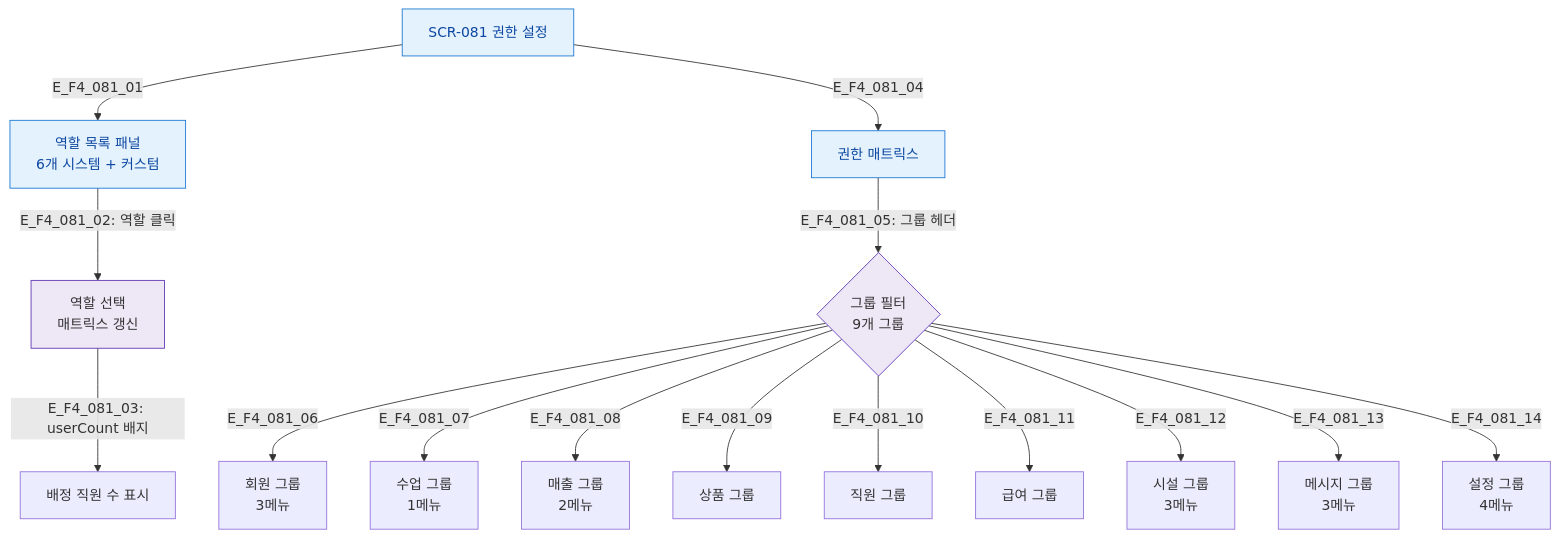
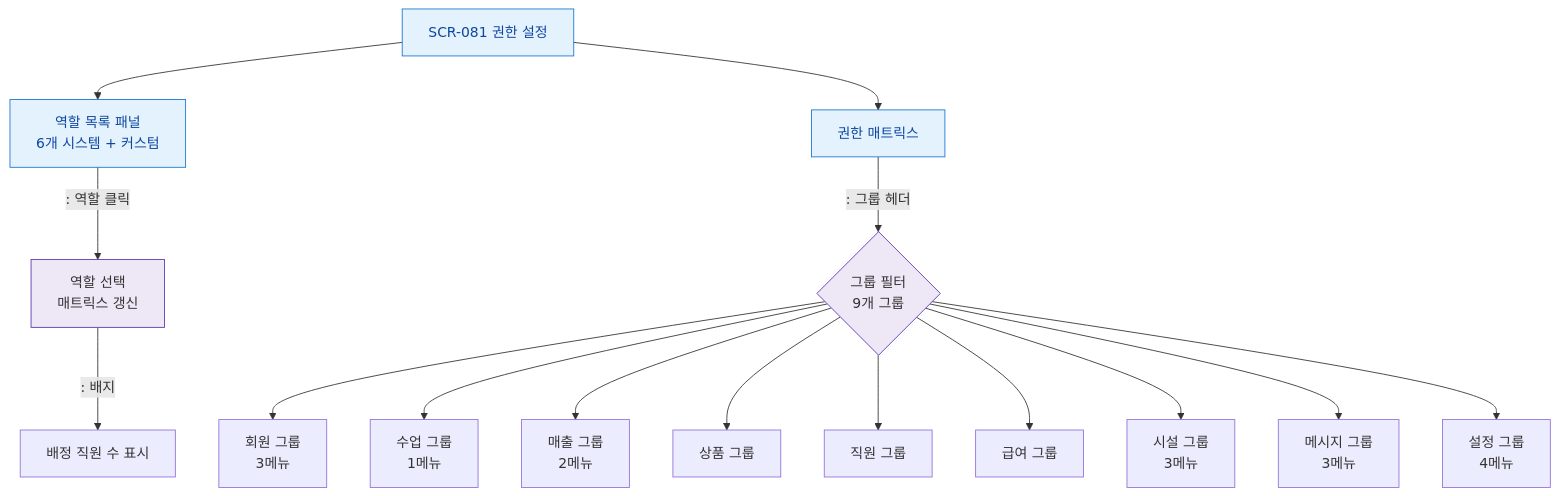
One commit to dev-spogym/admin-pando changed the diagram in docs/다이어그램/D09_설정관리/SCR-081_권한설정/F4_필터검색정렬.md. Above: the diagram before and after it, drawn with Mermaid. The commit also changed other lines of this file and 1660 other files, not shown here.

First line of the commit message:
다이어그램: 기획자/클라이언트 납품본으로 정리

````diff
--- a/docs/다이어그램/D09_설정관리/SCR-081_권한설정/F4_필터검색정렬.md
+++ b/docs/다이어그램/D09_설정관리/SCR-081_권한설정/F4_필터검색정렬.md
@@ -17,25 +15,25 @@
 ```mermaid
 flowchart TD
     SCR081[SCR-081 권한 설정]
 
-    SCR081 -->|E_F4_081_01| RoleList[역할 목록 패널\n6개 시스템 + 커스텀]
-    RoleList -->|"E_F4_081_02: 역할 클릭"| SelRole[역할 선택\n매트릭스 갱신]
-    SelRole -->|"E_F4_081_03: userCount 배지"| ShowCount[배정 직원 수 표시]
+    SCR081 --> RoleList[역할 목록 패널\n6개 시스템 + 커스텀]
+    RoleList -->|": 역할 클릭"|SelRole[역할 선택\n매트릭스 갱신]
+    SelRole -->|": 배지"|ShowCount[배정 직원 수 표시]
 
-    SCR081 -->|E_F4_081_04| Matrix[권한 매트릭스]
-    Matrix -->|"E_F4_081_05: 그룹 헤더"| GroupFilter{그룹 필터\n9개 그룹}
-    GroupFilter -->|E_F4_081_06| G_Member[회원 그룹\n3메뉴]
-    GroupFilter -->|E_F4_081_07| G_Class[수업 그룹\n1메뉴]
-    GroupFilter -->|E_F4_081_08| G_Sales[매출 그룹\n2메뉴]
-    GroupFilter -->|E_F4_081_09| G_Product[상품 그룹]
-    GroupFilter -->|E_F4_081_10| G_Staff[직원 그룹]
-    GroupFilter -->|E_F4_081_11| G_Salary[급여 그룹]
-    GroupFilter -->|E_F4_081_12| G_Facility[시설 그룹\n3메뉴]
-    GroupFilter -->|E_F4_081_13| G_Message[메시지 그룹\n3메뉴]
-    GroupFilter -->|E_F4_081_14| G_Settings[설정 그룹\n4메뉴]
+    SCR081 --> Matrix[권한 매트릭스]
+    Matrix -->|": 그룹 헤더"|GroupFilter{그룹 필터\n9개 그룹}
+    GroupFilter --> G_Member[회원 그룹\n3메뉴]
+    GroupFilter --> G_Class[수업 그룹\n1메뉴]
+    GroupFilter --> G_Sales[매출 그룹\n2메뉴]
+    GroupFilter --> G_Product[상품 그룹]
+    GroupFilter --> G_Staff[직원 그룹]
+    GroupFilter --> G_Salary[급여 그룹]
+    GroupFilter --> G_Facility[시설 그룹\n3메뉴]
+    GroupFilter --> G_Message[메시지 그룹\n3메뉴]
+    GroupFilter --> G_Settings[설정 그룹\n4메뉴]
 
     classDef screen fill:#E3F2FD,stroke:#1976D2,color:#0D47A1
     classDef system fill:#EDE7F6,stroke:#5E35B2
     class SCR081,RoleList,Matrix screen
     class GroupFilter,SelRole system
 ```
````
